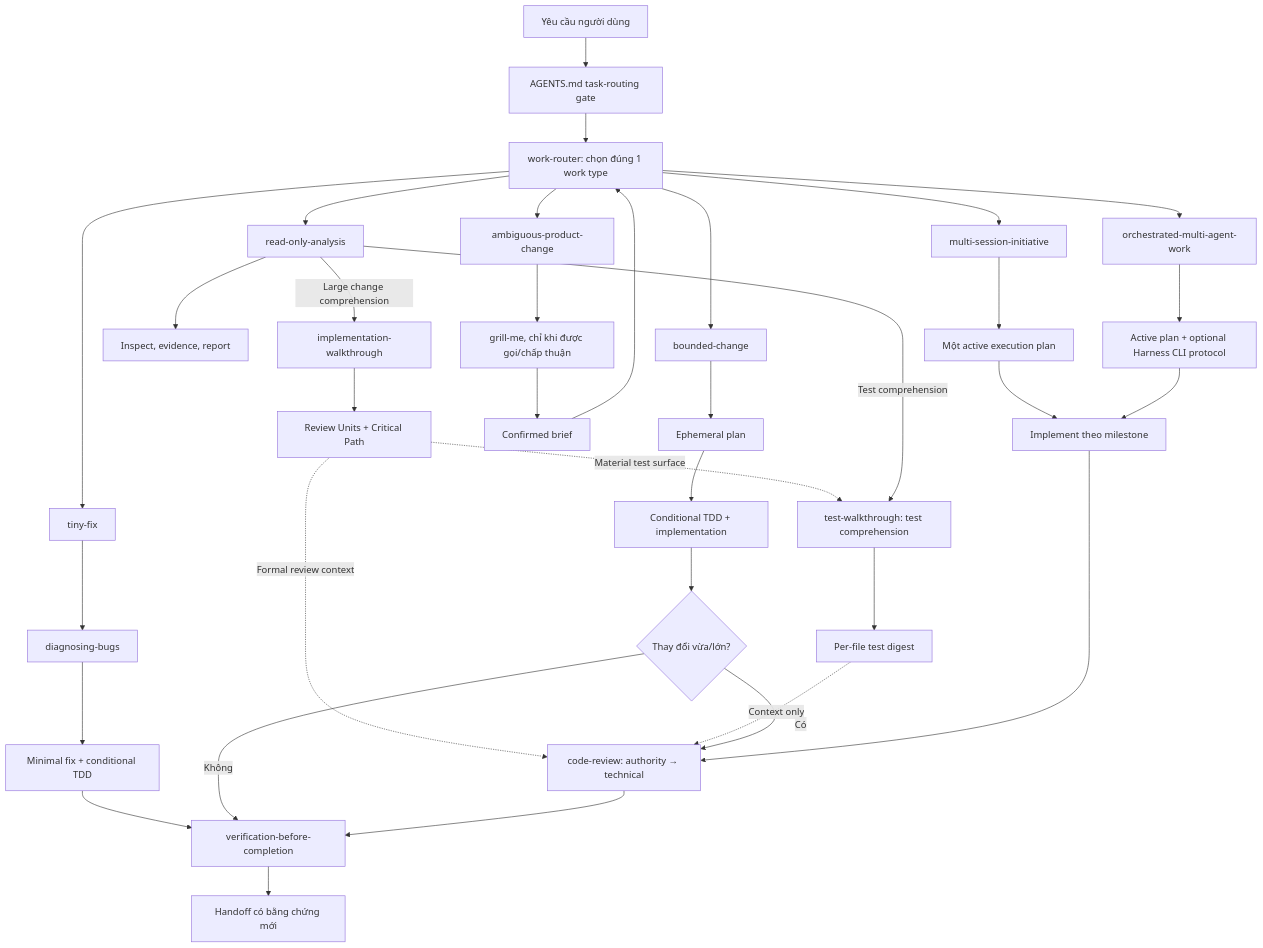
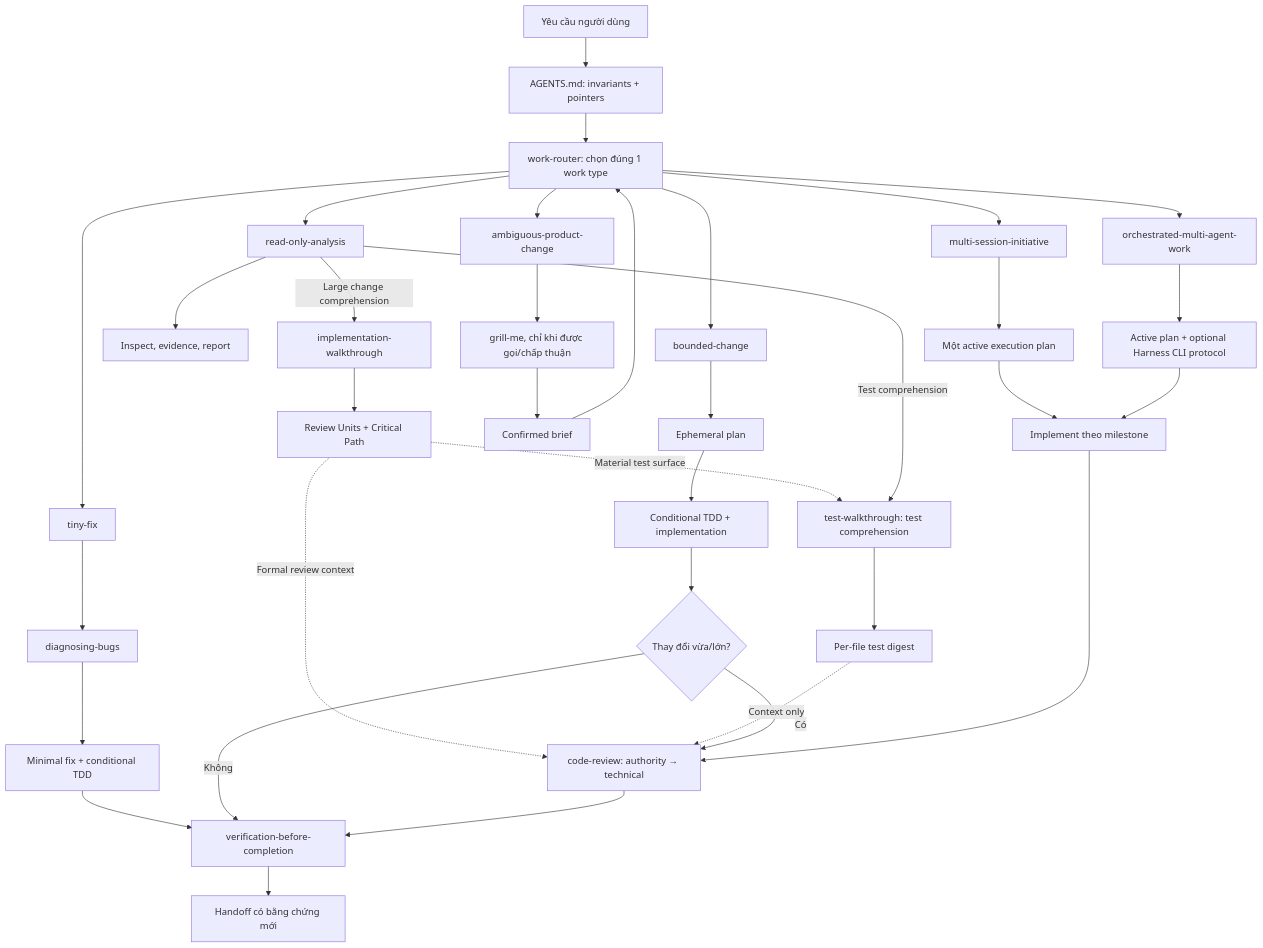
Before and after one commit to duong991/harness-repo: the diagram in docs/HARNESS_WORKFLOW_GUIDE.md, drawn with Mermaid. The commit also changed other lines of this file and 45 other files, not shown here.

````diff
--- a/docs/HARNESS_WORKFLOW_GUIDE.md
+++ b/docs/HARNESS_WORKFLOW_GUIDE.md
@@ -32,38 +32,38 @@
 ```mermaid
 flowchart TD
-    U["Yêu cầu người dùng"] --> G["AGENTS.md task-routing gate"]
+    U["Yêu cầu người dùng"] --> G["AGENTS.md: invariants + pointers"]
     G --> R["work-router: chọn đúng 1 work type"]
     R --> RO["read-only-analysis"]
     R --> TF["tiny-fix"]
     R --> BC["bounded-change"]
     R --> AP["ambiguous-product-change"]
     R --> MS["multi-session-initiative"]
     R --> OM["orchestrated-multi-agent-work"]
 
     RO --> E["Inspect, evidence, report"]
     RO -->|"Large change comprehension"| IW["implementation-walkthrough"]
     IW --> RU["Review Units + Critical Path"]
     RU -. "Material test surface" .-> TW
     RU -. "Formal review context" .-> RV
     RO -->|"Test comprehension"| TW["test-walkthrough: test comprehension"]
     TW --> TD["Per-file test digest"]
     TD -. "Context only" .-> RV
     TF --> D["diagnosing-bugs"]
     D --> F["Minimal fix + conditional TDD"]
     F --> V["verification-before-completion"]
     BC --> EP["Ephemeral plan"]
     EP --> I["Conditional TDD + implementation"]
     I --> Q{"Thay đổi vừa/lớn?"}
     Q -- "Có" --> RV["code-review: authority → technical"]
     Q -- "Không" --> V
     RV --> V
     AP --> GM["grill-me, chỉ khi được gọi/chấp thuận"]
     GM --> CB["Confirmed brief"]
     CB --> R
     MS --> DP["Một active execution plan"]
     DP --> M["Implement theo milestone"]
     M --> RV
     OM --> CP["Active plan + optional Harness CLI protocol"]
     CP --> M
     V --> H["Handoff có bằng chứng mới"]
 ```
````
